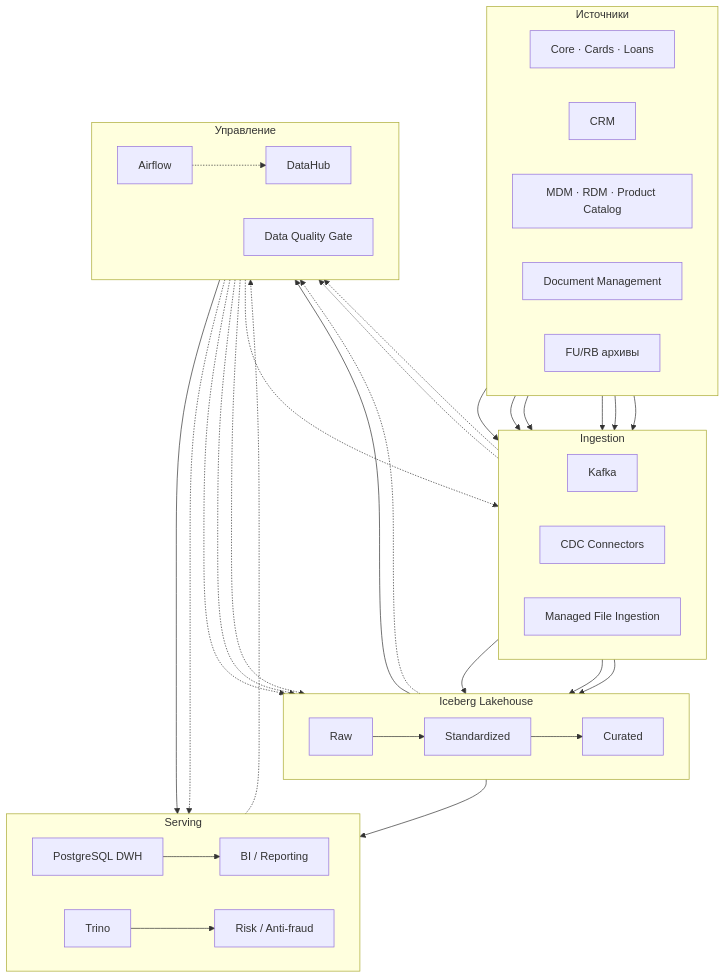
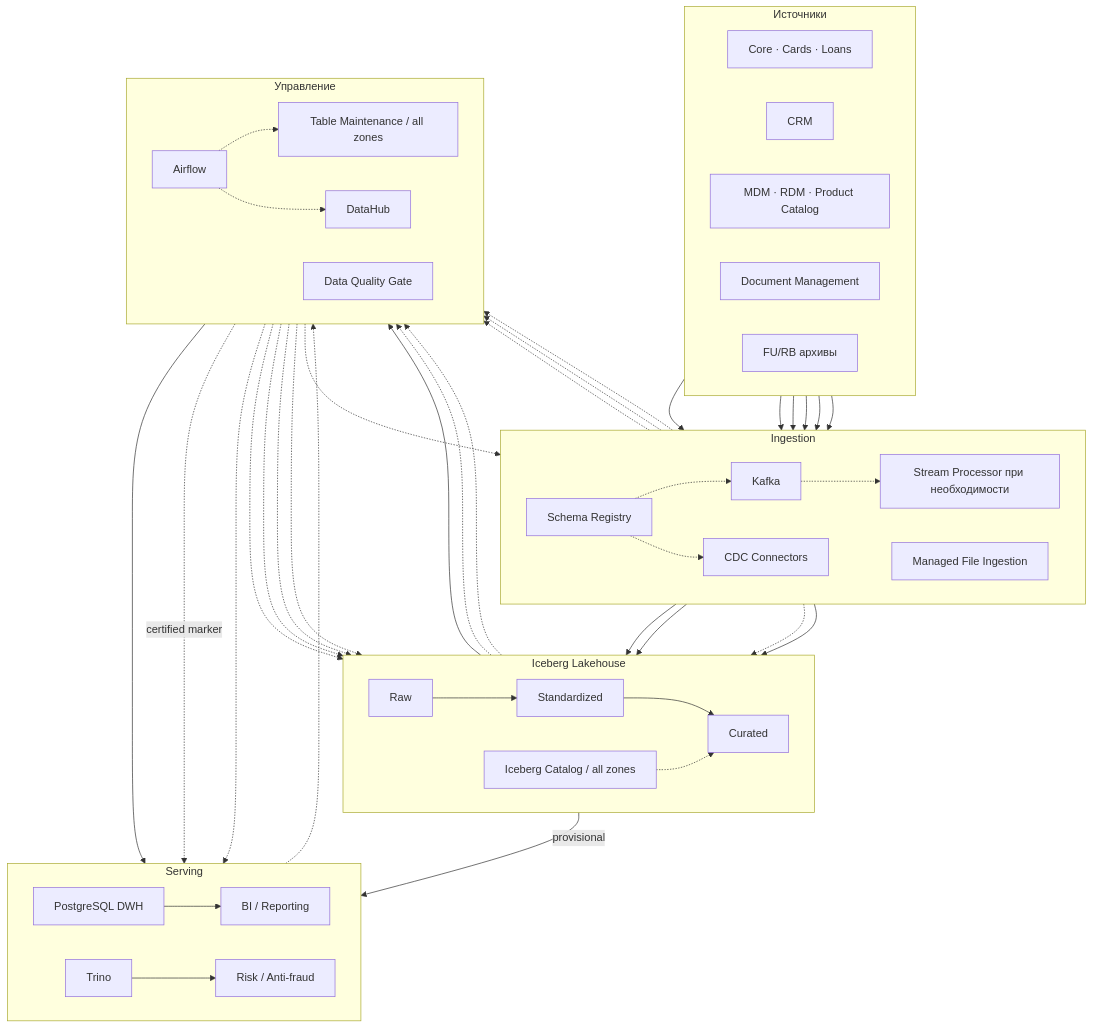
The diagram in Task3/diagrams/data-pipelines.mmd (NovikovMS/Solution-FinUnion-Data-Merger), drawn with Mermaid before and after one commit. The commit also changed 13 other files, not shown here.

```diff
--- a/Task3/diagrams/data-pipelines.mmd
+++ b/Task3/diagrams/data-pipelines.mmd
@@ -1,70 +1,84 @@
 flowchart TB
     subgraph producers["Источники"]
         direction LR
         OLTP["Core · Cards · Loans"]
         CRM["CRM"]
         MASTER["MDM · RDM · Product Catalog"]
         DOCS["Document Management"]
         ARCHIVE["FU/RB архивы"]
     end
 
     subgraph ingestion["Ingestion"]
         direction LR
         KAFKA["Kafka"]
         CDC["CDC Connectors"]
         FILES["Managed File Ingestion"]
+        REGISTRY["Schema Registry"]
+        STREAM["Stream Processor при необходимости"]
     end
 
     subgraph lakehouse["Iceberg Lakehouse"]
         direction LR
         RAW["Raw"]
         STANDARD["Standardized"]
         CURATED["Curated"]
+        ICEBERG_CATALOG["Iceberg Catalog / all zones"]
     end
 
     subgraph serving["Serving"]
         direction LR
         DWH["PostgreSQL DWH"]
         TRINO["Trino"]
         BI["BI / Reporting"]
         DS["Risk / Anti-fraud"]
     end
 
     subgraph control["Управление"]
         direction LR
         AIRFLOW["Airflow"]
         QUALITY["Data Quality Gate"]
+        MAINTENANCE["Table Maintenance / all zones"]
         DATAHUB["DataHub"]
     end
 
     OLTP --> CDC
     OLTP --> KAFKA
     CRM --> KAFKA
     MASTER --> KAFKA
     DOCS --> FILES
     ARCHIVE --> FILES
 
     CDC --> RAW
     KAFKA --> RAW
+    KAFKA -.-> STREAM
+    STREAM -.-> RAW
     FILES --> RAW
+    REGISTRY -.-> KAFKA
+    REGISTRY -.-> CDC
 
     RAW --> STANDARD
     STANDARD --> CURATED
+    ICEBERG_CATALOG -.-> CURATED
     CURATED --> QUALITY
     QUALITY --> DWH
-    CURATED --> TRINO
+    CURATED -->|"provisional"| TRINO
+    QUALITY -.->|"certified marker"| TRINO
 
     DWH --> BI
     TRINO --> DS
 
     AIRFLOW -.-> FILES
     AIRFLOW -.-> RAW
     AIRFLOW -.-> STANDARD
     AIRFLOW -.-> CURATED
     AIRFLOW -.-> DWH
+    AIRFLOW -.-> MAINTENANCE
+    MAINTENANCE -.-> CURATED
 
     CDC -.-> DATAHUB
     KAFKA -.-> DATAHUB
+    REGISTRY -.-> DATAHUB
+    ICEBERG_CATALOG -.-> DATAHUB
     AIRFLOW -.-> DATAHUB
     CURATED -.-> DATAHUB
     DWH -.-> DATAHUB
```
